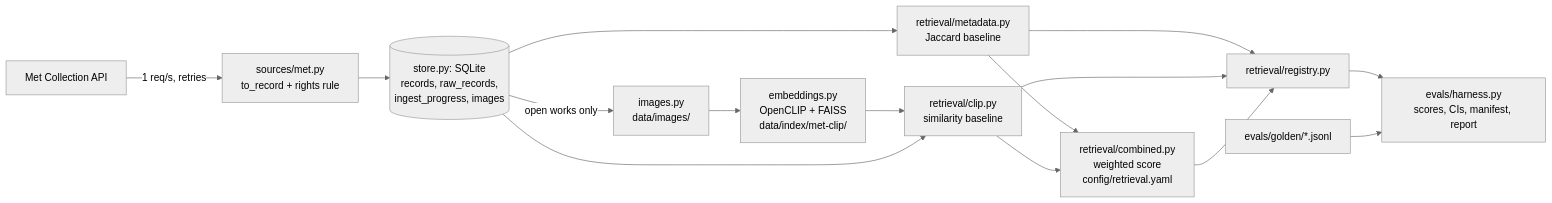
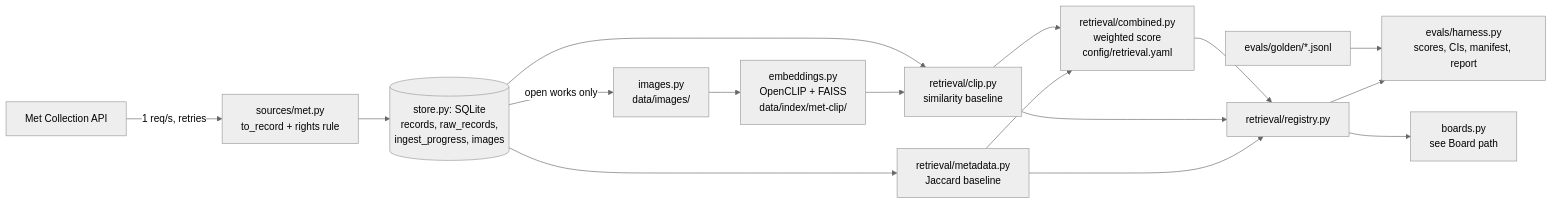
One commit to sycrus/refdesk changed the first of 4 diagrams in docs/architecture.md. Above: the diagram before and after it, drawn with Mermaid (neutral theme). The commit also changed other lines of this file and 2 other files, not shown here.

First line of the commit message:
docs: refresh README, architecture and evals README to 28 October

````diff
--- a/docs/architecture.md
+++ b/docs/architecture.md
@@ -7,17 +7,18 @@
 ```mermaid
 flowchart LR
   MET[Met Collection API] -->|1 req/s, retries| ADAPTER[sources/met.py<br/>to_record + rights rule]
   ADAPTER --> STORE[(store.py: SQLite<br/>records, raw_records,<br/>ingest_progress, images)]
   STORE -->|open works only| IMAGES[images.py<br/>data/images/]
   IMAGES --> EMBED[embeddings.py<br/>OpenCLIP + FAISS<br/>data/index/met-clip/]
   STORE --> JACCARD[retrieval/metadata.py<br/>Jaccard baseline]
   EMBED --> CLIP[retrieval/clip.py<br/>similarity baseline]
   STORE --> CLIP
   JACCARD --> COMBINED[retrieval/combined.py<br/>weighted score<br/>config/retrieval.yaml]
   CLIP --> COMBINED
   JACCARD --> REG[retrieval/registry.py]
   CLIP --> REG
   COMBINED --> REG
   REG --> EVAL[evals/harness.py<br/>scores, CIs, manifest, report]
+  REG --> BOARDS[boards.py<br/>see Board path]
   GOLDEN[evals/golden/*.jsonl] --> EVAL
 ```
````
